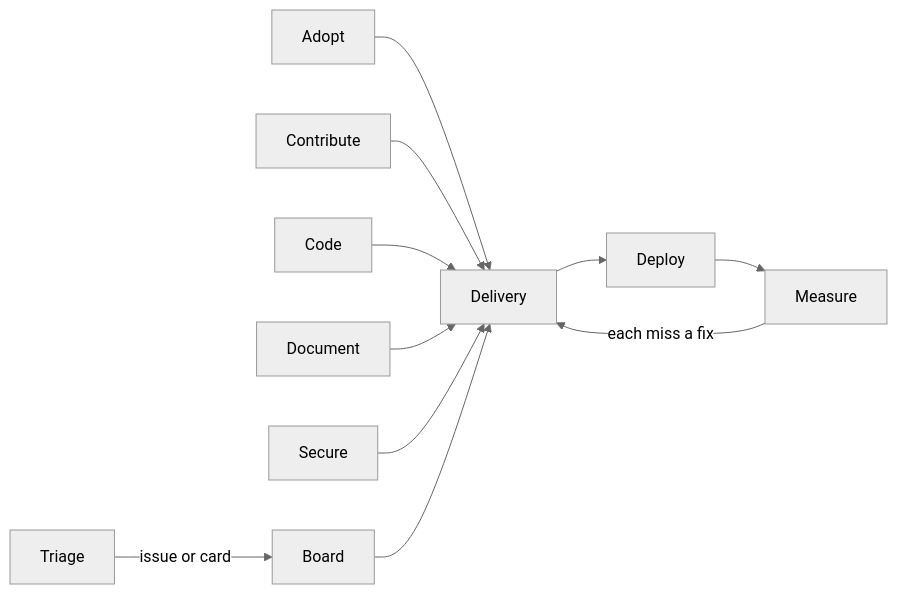
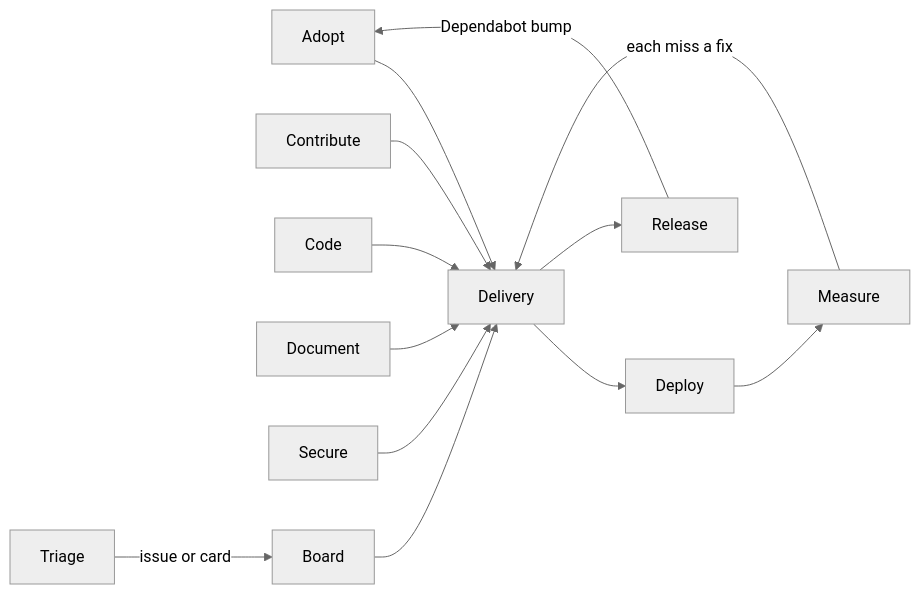
One commit to SoulCraft-Org/git-crafter changed the diagram in README.md. Above: the diagram before and after it, drawn with Mermaid (neutral theme). The commit also changed 5 other files, not shown here.

````diff
--- a/README.md
+++ b/README.md
@@ -38,10 +38,11 @@
 ```mermaid
 flowchart LR
   AD[Adopt] --> DL[Delivery] --> DP[Deploy] --> ME[Measure]
+  DL --> RE[Release] -->|Dependabot bump| AD
   CT[Contribute] --> DL
   CO[Code] --> DL
   DO[Document] --> DL
   SE[Secure] --> DL
   TR[Triage] -->|issue or card| BO[Board] --> DL
   ME -->|each miss a fix| DL
 ```
````
